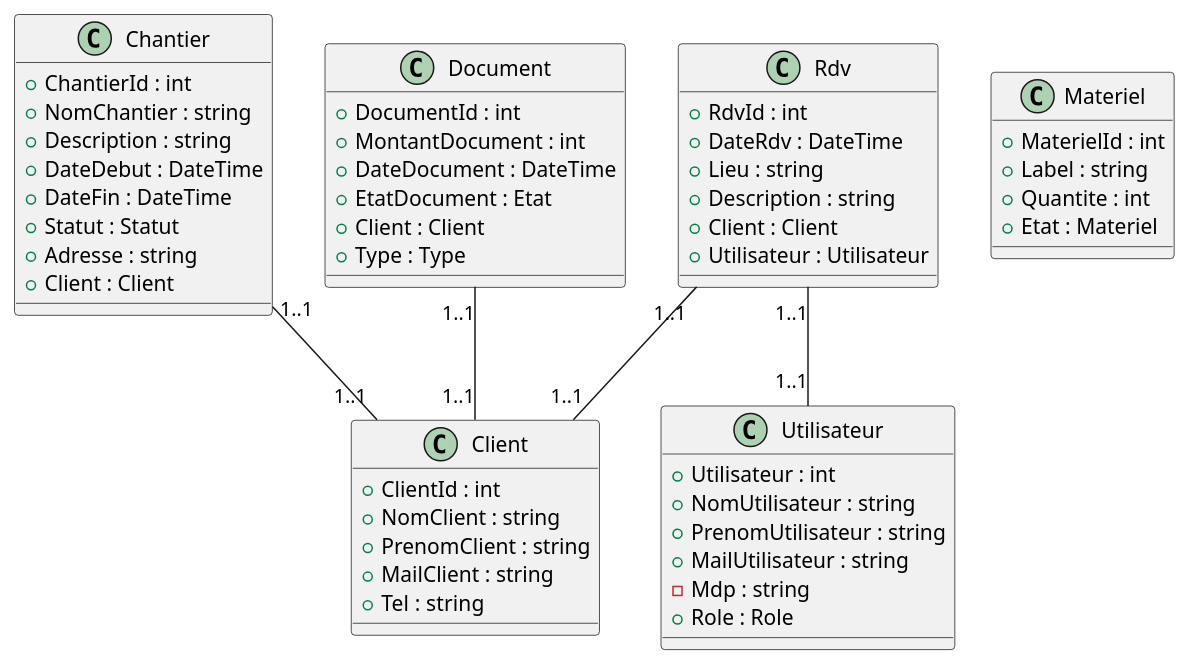
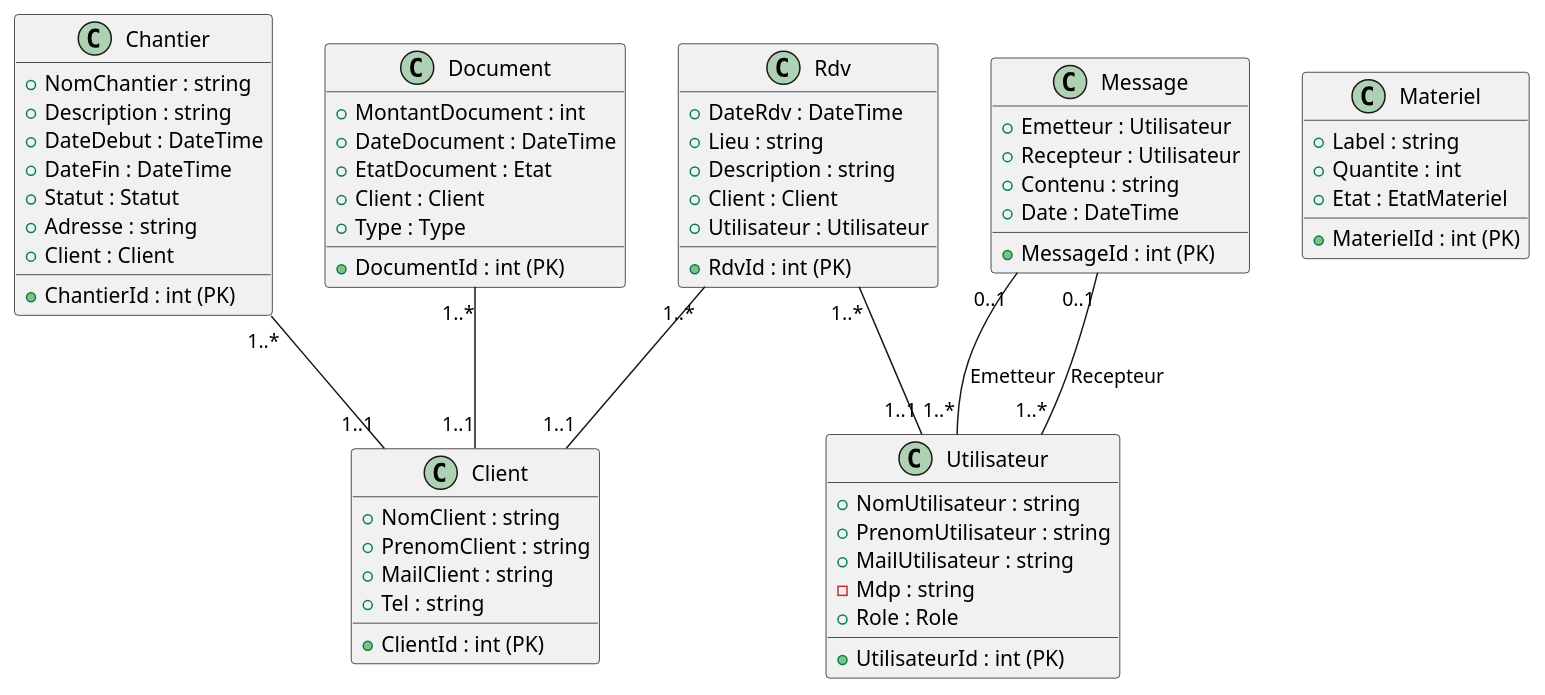
The diagram in diagClass.puml (luciedupouy/ChaudBiz), drawn with PlantUML before and after one commit. The commit also changed 6151 other files, not shown here.

```diff
--- a/diagClass.puml
+++ b/diagClass.puml
@@ -1,54 +1,66 @@
 @startuml
 class Chantier {
-+ ChantierId : int
++ ChantierId : int (PK)
 + NomChantier : string
 + Description : string
 + DateDebut : DateTime
 + DateFin : DateTime
 + Statut : Statut
 + Adresse : string
 + Client : Client
 }
 class Client {
-+ ClientId : int
++ ClientId : int (PK)
 + NomClient : string
 + PrenomClient : string
 + MailClient : string
 + Tel : string
 }
 class Document {
-+ DocumentId : int 
++ DocumentId : int (PK)
 + MontantDocument : int
 + DateDocument : DateTime
 + EtatDocument : Etat
 + Client : Client
 + Type : Type 
 }
 class Materiel {
-+ MaterielId : int
++ MaterielId : int (PK)
 + Label : string
 + Quantite : int
-+ Etat : Materiel
++ Etat : EtatMateriel
 }
 class Rdv {
-+ RdvId : int
++ RdvId : int (PK)
 + DateRdv : DateTime
 + Lieu : string
 + Description : string 
 + Client : Client
 + Utilisateur : Utilisateur
 }
 class Utilisateur {
-+ Utilisateur : int
++ UtilisateurId : int (PK)
 + NomUtilisateur : string 
 + PrenomUtilisateur : string
 + MailUtilisateur : string 
 - Mdp : string
 + Role : Role
 }
-Chantier "1..1" --  "1..1" Client
-Document "1..1" -- "1..1" Client
-Rdv "1..1" -- "1..1" Client
-Rdv "1..1" -- "1..1" Utilisateur
+
+
+class Message {
++ MessageId : int (PK)
++ Emetteur : Utilisateur 
++ Recepteur : Utilisateur 
++ Contenu : string
++ Date : DateTime
+}
+
+Chantier "1..*" -- "1..1" Client
+Document "1..*" -- "1..1" Client
+Rdv "1..*" -- "1..1" Client
+Rdv "1..*" -- "1..1" Utilisateur
+Message "0..1" -- "1..*" Utilisateur : "Emetteur"
+Message "0..1" -- "1..*" Utilisateur : "Recepteur"
 
 @enduml
```
